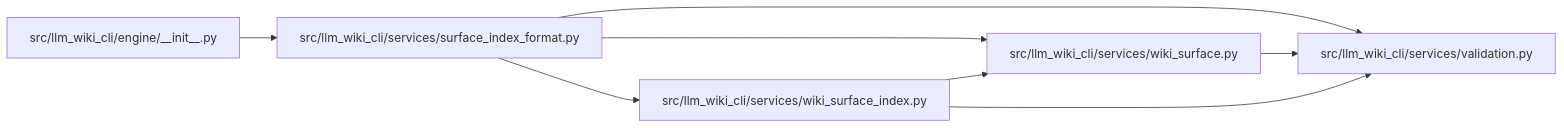
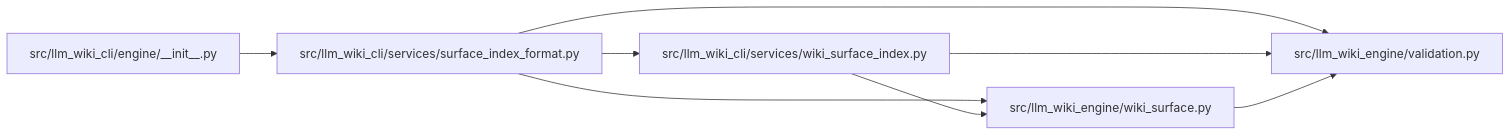
The diagram in docs/llm_wiki/modules/surface_index_format.md (Denissvgn/python-wiki-llm), drawn with Mermaid before and after one commit. The commit also changed other lines of this file and 1103 other files, not shown here.

First line of the commit message:
docs: refresh the wiki for the llm-wiki-engine distribution

````diff
--- a/docs/llm_wiki/modules/surface_index_format.md
+++ b/docs/llm_wiki/modules/surface_index_format.md
@@ -31,20 +31,20 @@
 ```mermaid
 flowchart LR
     n0["src/llm_wiki_cli/engine/__init__.py"]
     n1["src/llm_wiki_cli/services/surface_index_format.py"]
-    n2["src/llm_wiki_cli/services/validation.py"]
-    n3["src/llm_wiki_cli/services/wiki_surface.py"]
-    n4["src/llm_wiki_cli/services/wiki_surface_index.py"]
+    n2["src/llm_wiki_cli/services/wiki_surface_index.py"]
+    n3["src/llm_wiki_engine/validation.py"]
+    n4["src/llm_wiki_engine/wiki_surface.py"]
     n0 --> n1
     n1 --> n2
     n1 --> n3
     n1 --> n4
-    n3 --> n2
-    n4 --> n2
+    n2 --> n3
+    n2 --> n4
     n4 --> n3
     click n0 "../modules/engine___init__.md"
     click n1 "../modules/surface_index_format.md"
-    click n2 "../modules/validation.md"
-    click n3 "../modules/wiki_surface.md"
-    click n4 "../modules/wiki_surface_index.md"
+    click n2 "../modules/wiki_surface_index.md"
+    click n3 "../modules/validation.md"
+    click n4 "../modules/wiki_surface.md"
 ```
````
